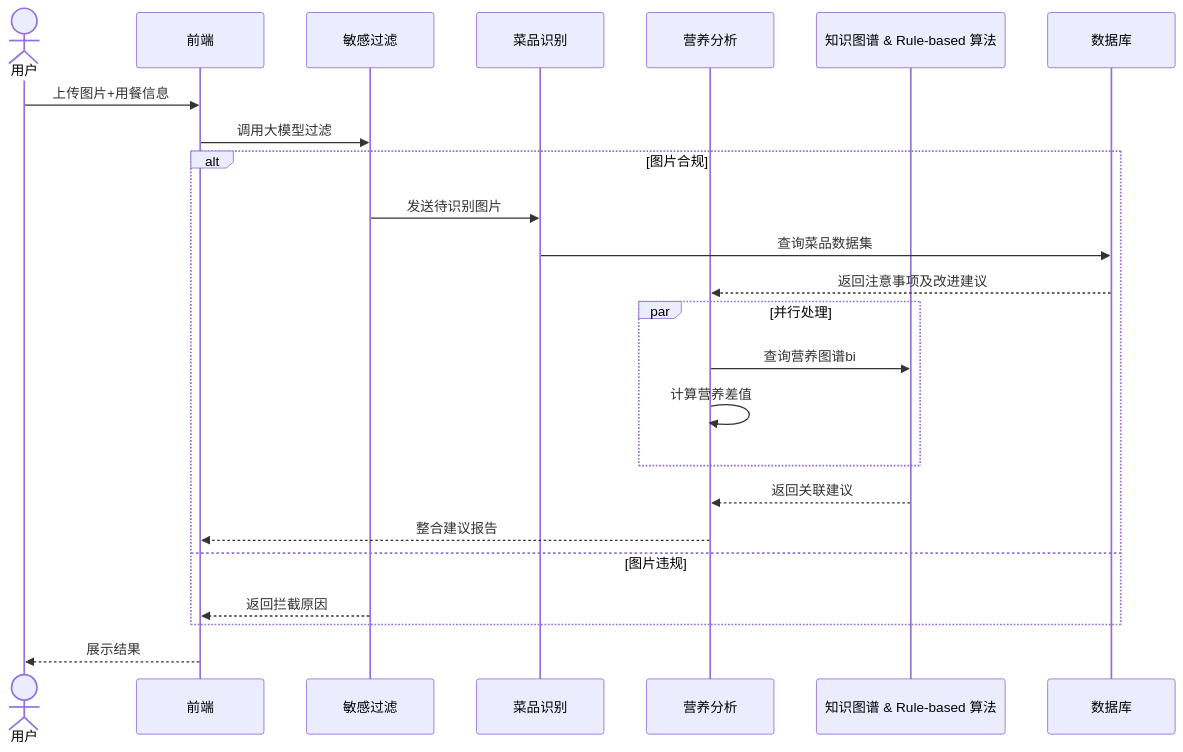
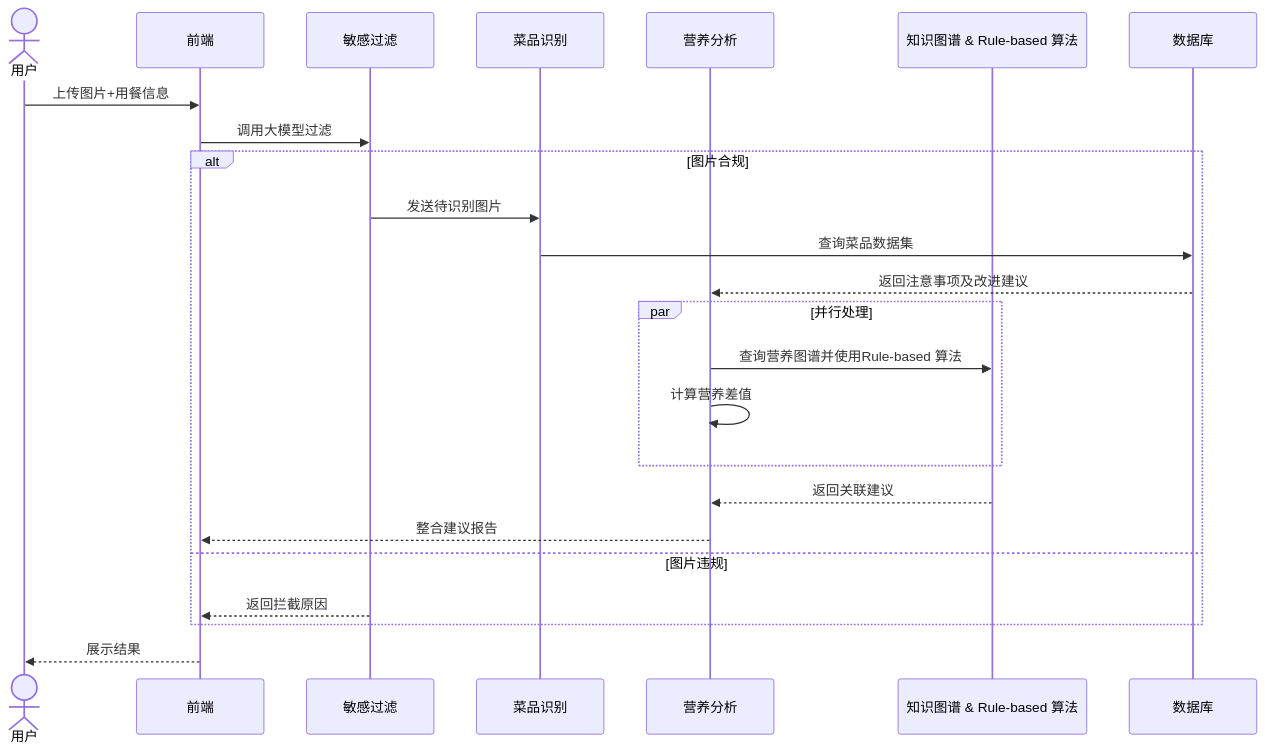
The diagram in all/菜品-数据流图.md (funnyData/iodraw-files), drawn with Mermaid before and after one commit.

Commit message:
2025-03-21 14:24:15 update

````diff
--- a/all/菜品-数据流图.md
+++ b/all/菜品-数据流图.md
@@ -1,29 +1,29 @@
 ```mermaid
 %% 数据流图（违规路径线条高亮）
 sequenceDiagram
     actor User as 用户
     participant FE as 前端
     participant SF as 敏感过滤
     participant DR as 菜品识别
     participant NA as 营养分析
     participant KG as 知识图谱 & Rule-based 算法
     participant DB as 数据库
 
     User->>FE: 上传图片+用餐信息
     FE->>SF: 调用大模型过滤
     alt 图片合规
         SF->>DR: 发送待识别图片
         DR->>DB: 查询菜品数据集
         DB-->>NA: 返回注意事项及改进建议
         par 并行处理
-            NA->>KG: 查询营养图谱bi
+            NA->>KG: 查询营养图谱并使用Rule-based 算法
             NA->>NA: 计算营养差值
         end
         KG-->>NA: 返回关联建议
         NA-->>FE: 整合建议报告
     else 图片违规
         SF-->>FE: 返回拦截原因
         %% linkStyle 9 stroke:#ff0000,stroke-dasharray:5  %% 第9条线变红
     end
     FE-->>User: 展示结果
 ```
````
